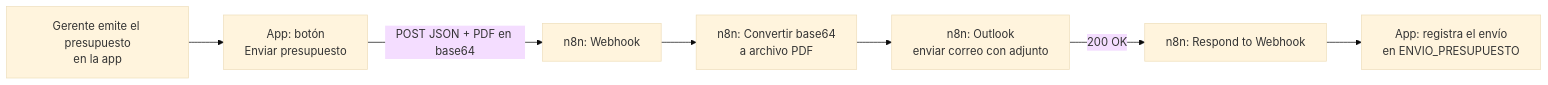
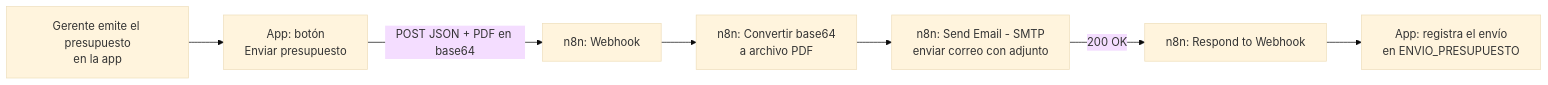
One commit to vacevedo3110/ICN292-PROYECTO. changed the diagram in docs/05-n8n.md. Above: the diagram before and after it, drawn with Mermaid (base theme). The commit also changed other lines of this file, not shown here.

````diff
--- a/docs/05-n8n.md
+++ b/docs/05-n8n.md
@@ -12,9 +12,9 @@
 ```mermaid
 flowchart LR
     A[Gerente emite el presupuesto<br/>en la app] --> B[App: botón<br/>Enviar presupuesto]
     B -->|POST JSON + PDF en base64| C[n8n: Webhook]
     C --> D[n8n: Convertir base64<br/>a archivo PDF]
-    D --> E[n8n: Outlook<br/>enviar correo con adjunto]
+    D --> E[n8n: Send Email - SMTP<br/>enviar correo con adjunto]
     E -->|200 OK| F[n8n: Respond to Webhook]
     F --> G[App: registra el envío<br/>en ENVIO_PRESUPUESTO]
 ```
````
